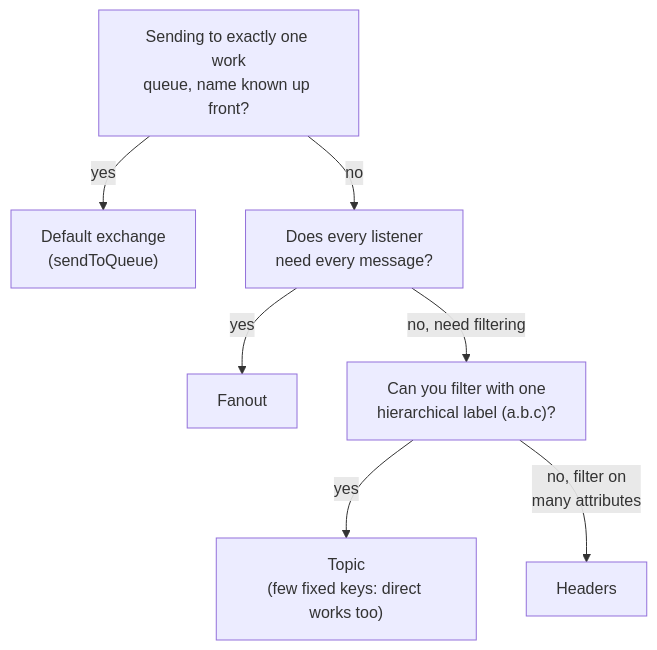
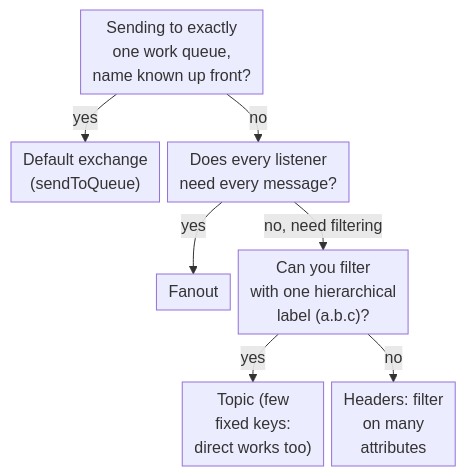
Before and after one commit to duongbui234/software-engineering-atlas: the second of 3 diagrams in content/en/posts/2026-11-21-rabbitmq-exchanges.md, drawn with Mermaid. The commit also changed other lines of this file and 134 other files, not shown here.

First line of the commit message:
Fit every Mermaid diagram at 390px without sideways scroll (#56)

````diff
--- a/content/en/posts/2026-11-21-rabbitmq-exchanges.md
+++ b/content/en/posts/2026-11-21-rabbitmq-exchanges.md
@@ -175,9 +176,10 @@
 ```mermaid
+%%{init: {"flowchart": {"nodeSpacing": 8, "rankSpacing": 24, "padding": 6}}}%%
 flowchart TB
-    Q1["Sending to exactly one work<br/>queue, name known up front?"] -->|"yes"| A1["Default exchange<br/>(sendToQueue)"]
+    Q1["Sending to exactly<br/>one work queue,<br/>name known up front?"] -->|"yes"| A1["Default exchange<br/>(sendToQueue)"]
     Q1 -->|"no"| Q2["Does every listener<br/>need every message?"]
     Q2 -->|"yes"| A2["Fanout"]
-    Q2 -->|"no, need filtering"| Q3["Can you filter with one<br/>hierarchical label (a.b.c)?"]
-    Q3 -->|"yes"| A3["Topic<br/>(few fixed keys: direct works too)"]
-    Q3 -->|"no, filter on<br/>many attributes"| A4["Headers"]
+    Q2 -->|"no, need filtering"| Q3["Can you filter<br/>with one hierarchical<br/>label (a.b.c)?"]
+    Q3 -->|"yes"| A3["Topic (few<br/>fixed keys:<br/>direct works too)"]
+    Q3 -->|"no"| A4["Headers: filter<br/>on many<br/>attributes"]
 ```
````
